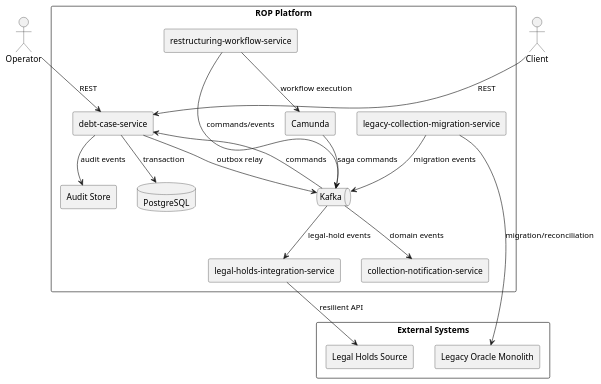
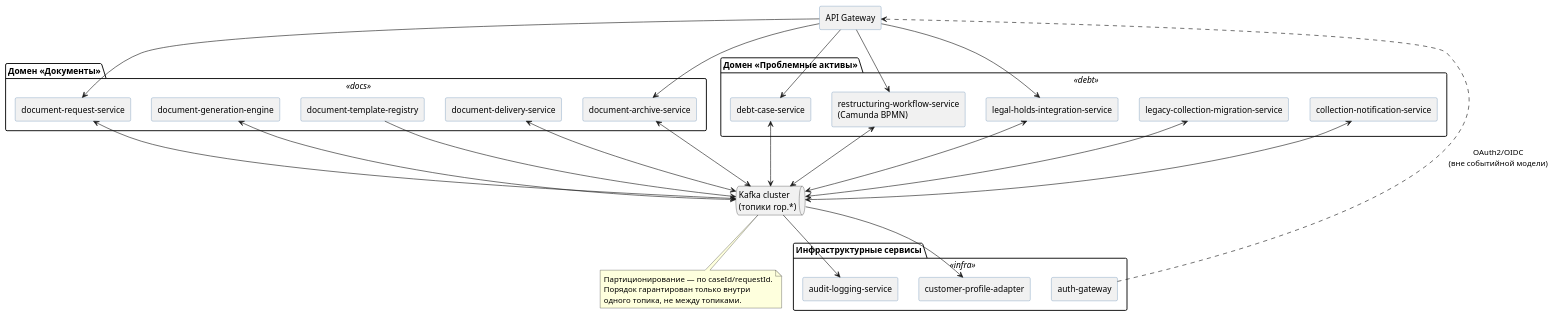
The second of 2 diagrams in HR_Legends/02_architecture.md (autizzm/Zettelkasten), drawn with PlantUML before and after one commit. The commit also changed other lines of this file and 3592 other files, not shown here.

````diff
--- a/HR_Legends/02_architecture.md
+++ b/HR_Legends/02_architecture.md
@@ -5,43 +53,66 @@
-``` plantuml
-@startuml
+```plantuml
+@startuml C4_Components
 skinparam componentStyle rectangle
-
-actor Operator
-actor Client
-
-rectangle "ROP Platform" {
-  [debt-case-service] as DCS
-  [restructuring-workflow-service] as RWS
-  [legal-holds-integration-service] as LHIS
-  [legacy-collection-migration-service] as LCM
-  [collection-notification-service] as CNS
-  database "PostgreSQL" as PG
-  queue "Kafka" as KAFKA
-  [Camunda] as CAMUNDA
-  [Audit Store] as AUDIT
+skinparam rectangle {
+  BackgroundColor<<docs>> #E8F0FE
+  BackgroundColor<<debt>> #FDEEE0
+  BackgroundColor<<infra>> #ECECEC
+  BorderColor #4A76A8
 }
 
-rectangle "External Systems" {
-  [Legacy Oracle Monolith] as LEGACY
-  [Legal Holds Source] as LEGAL
+rectangle "API Gateway" as gw
+
+package "Домен «Документы»" <<docs>> {
+  rectangle "document-request-service" as drs
+  rectangle "document-generation-engine" as dge
+  rectangle "document-template-registry" as dtr
+  rectangle "document-delivery-service" as dds
+  rectangle "document-archive-service" as das
 }
 
-Operator --> DCS : REST
-Client --> DCS : REST
+package "Домен «Проблемные активы»" <<debt>> {
+  rectangle "debt-case-service" as debt
+  rectangle "restructuring-workflow-service\n(Camunda BPMN)" as wf
+  rectangle "legal-holds-integration-service" as legal
+  rectangle "legacy-collection-migration-service" as migration
+  rectangle "collection-notification-service" as notif
+}
 
-DCS --> PG : transaction
-DCS --> KAFKA : outbox relay
-DCS --> AUDIT : audit events
+package "Инфраструктурные сервисы" <<infra>> {
+  rectangle "audit-logging-service" as audit
+  rectangle "customer-profile-adapter" as profile
+  rectangle "auth-gateway" as auth
+}
 
-RWS --> KAFKA : commands/events
-RWS --> CAMUNDA : workflow execution
-CAMUNDA --> KAFKA : saga commands
-KAFKA --> DCS : commands
-KAFKA --> CNS : domain events
-KAFKA --> LHIS : legal-hold events
+queue "Kafka cluster\n(топики rop.*)" as kafka
 
-LHIS --> LEGAL : resilient API
-LCM --> LEGACY : migration/reconciliation
-LCM --> KAFKA : migration events
+gw --> drs
+gw --> debt
+gw --> wf
+gw --> legal
+gw --> das
+
+drs <--> kafka
+dge <--> kafka
+dtr --> kafka
+dds <--> kafka
+das <--> kafka
+
+debt <--> kafka
+wf <--> kafka
+legal <--> kafka
+migration <--> kafka
+notif <--> kafka
+
+kafka --> audit
+kafka --> profile
+
+auth ..> gw : OAuth2/OIDC\n(вне событийной модели)
+
+note bottom of kafka
+  Партиционирование — по caseId/requestId.
+  Порядок гарантирован только внутри
+  одного топика, не между топиками.
+end note
 @enduml
 ```
````
